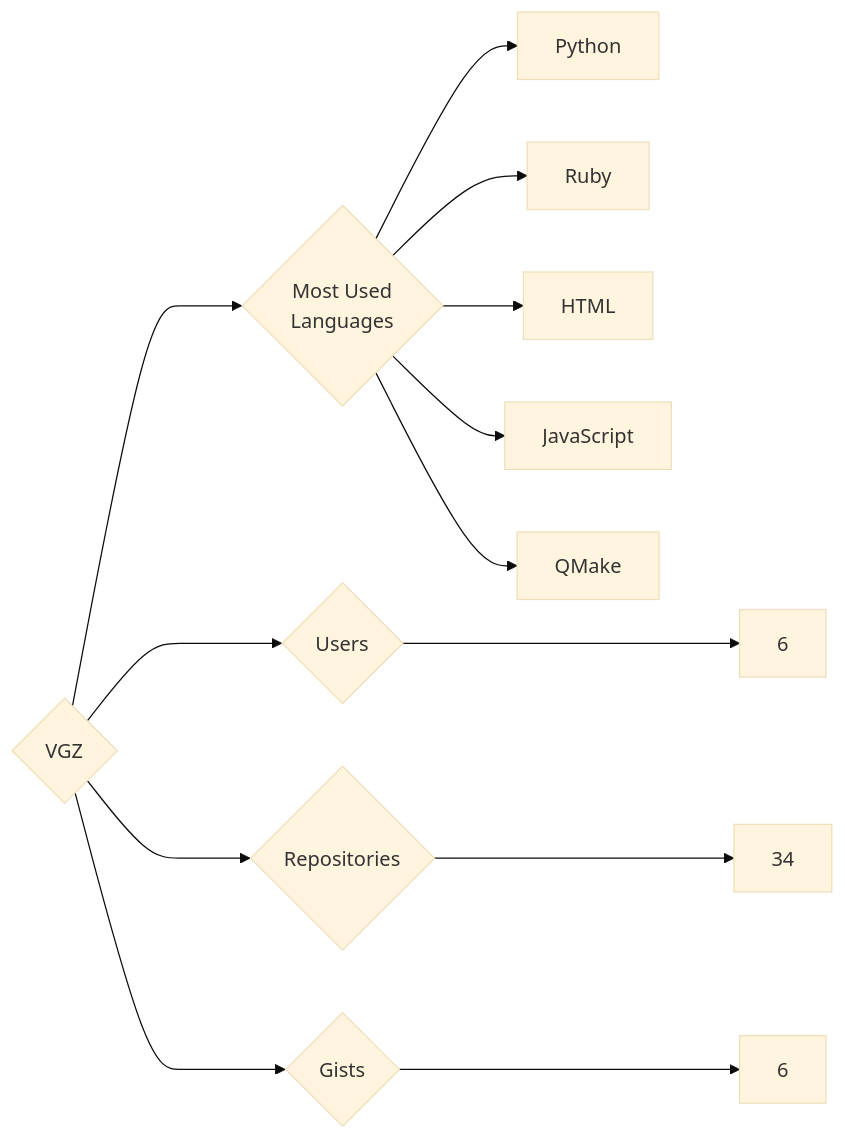
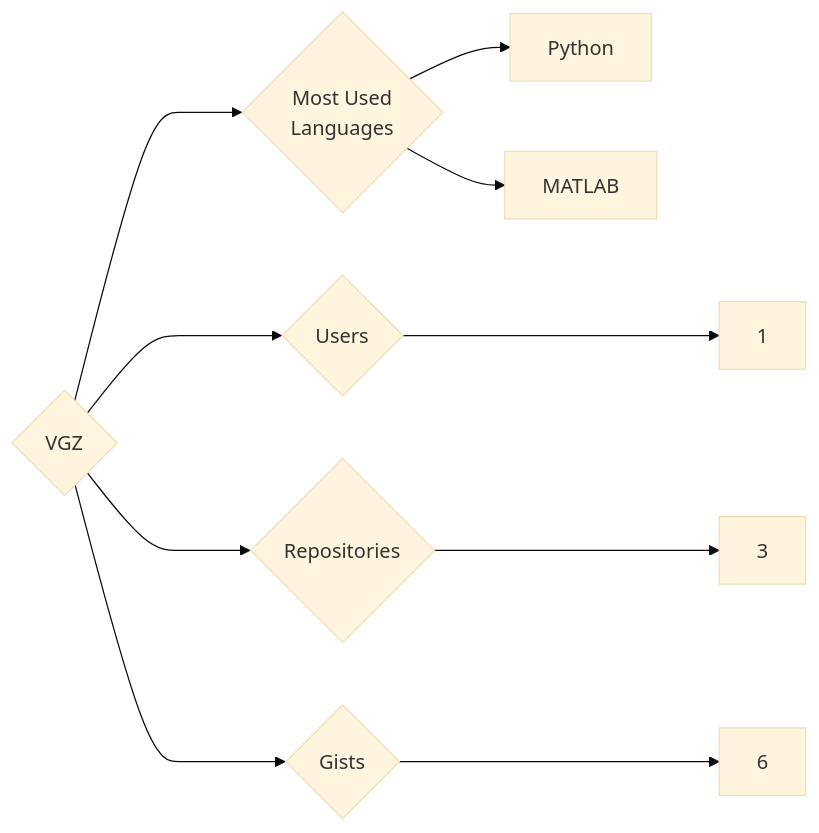
Before and after one commit to trickest/insiders: the diagram in targets/VGZ/README.md, drawn with Mermaid (base theme). The commit also changed 964 other files, not shown here.

````diff
--- a/targets/VGZ/README.md
+++ b/targets/VGZ/README.md
@@ -3,13 +3,10 @@
 ```mermaid
 graph LR
 COMPANY_NAME{VGZ}
-COMPANY_NAME ---> U{Users} ---> UN[6]
-COMPANY_NAME ---> R{Repositories} ---> RN[34]
+COMPANY_NAME ---> U{Users} ---> UN[1]
+COMPANY_NAME ---> R{Repositories} ---> RN[3]
 COMPANY_NAME ---> G{Gists} ---> GN[6]
 COMPANY_NAME ---> ML{Most Used<br>Languages}
 ML --> Python[Python]
-ML --> Ruby[Ruby]
-ML --> HTML[HTML]
-ML --> JavaScript[JavaScript]
-ML --> QMake[QMake]
+ML --> MATLAB[MATLAB]
 ```
````
